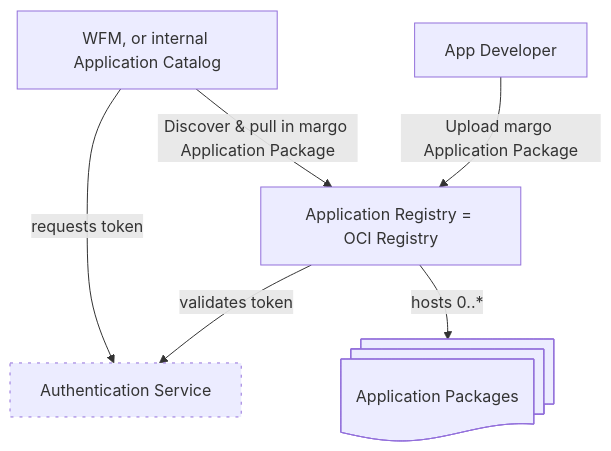
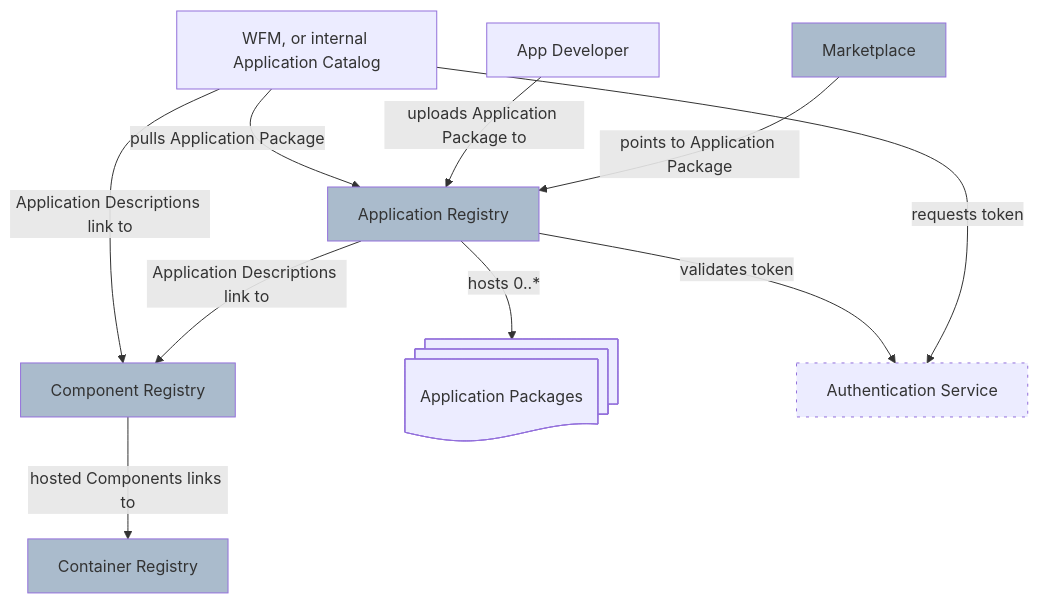
Before and after one commit to Silvanoc/margo-specification: the diagram in system-design/concepts/workloads/application-registry.md, drawn with Mermaid. The commit also changed other lines of this file and 7 other files, not shown here.

````diff
--- a/system-design/concepts/workloads/application-registry.md
+++ b/system-design/concepts/workloads/application-registry.md
@@ -10,9 +14,18 @@
 ```mermaid
 flowchart
-    A[App Developer] -->|Upload margo Application Package| B[Application Registry = OCI Registry]
-    C[WFM, or internal Application Catalog] -->|Discover & pull in margo Application Package| B
-    B -->|validates token| D[Authentication Service] 
-    B -->|hosts 0..*| E@{ shape: docs, label: "Application Packages"} 
-    C -->|requests token| D
-    style D stroke-dasharray: 3 6
+   A[WFM, or internal Application Catalog] -- Application Descriptions link to --> B[Component Registry] 
+   C[Application Registry] -- Application Descriptions link to --> B
+   B -- hosted Components links to --> D[Container Registry]
+   A -->|pulls Application Package | C
+   F[App Developer] -->|uploads Application Package to| C
+   G["Marketplace"] -- points to Application Package --> C
+   C -->|hosts 0..*| E@{ shape: docs, label: "Application Packages"} 
+   C -->|validates token| H[Authentication Service] 
+   A -->|requests token| H
+   style H stroke-dasharray: 3 6
+
+   style B fill:#ABC
+   style C fill:#ABC
+   style D fill:#ABC
+   style G fill:#ABC
 ```
````
